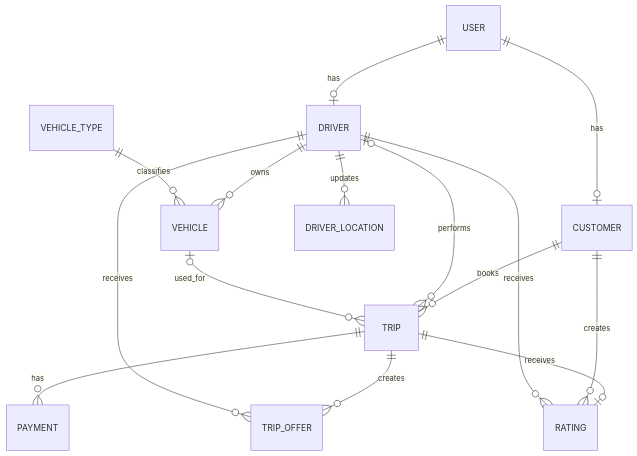
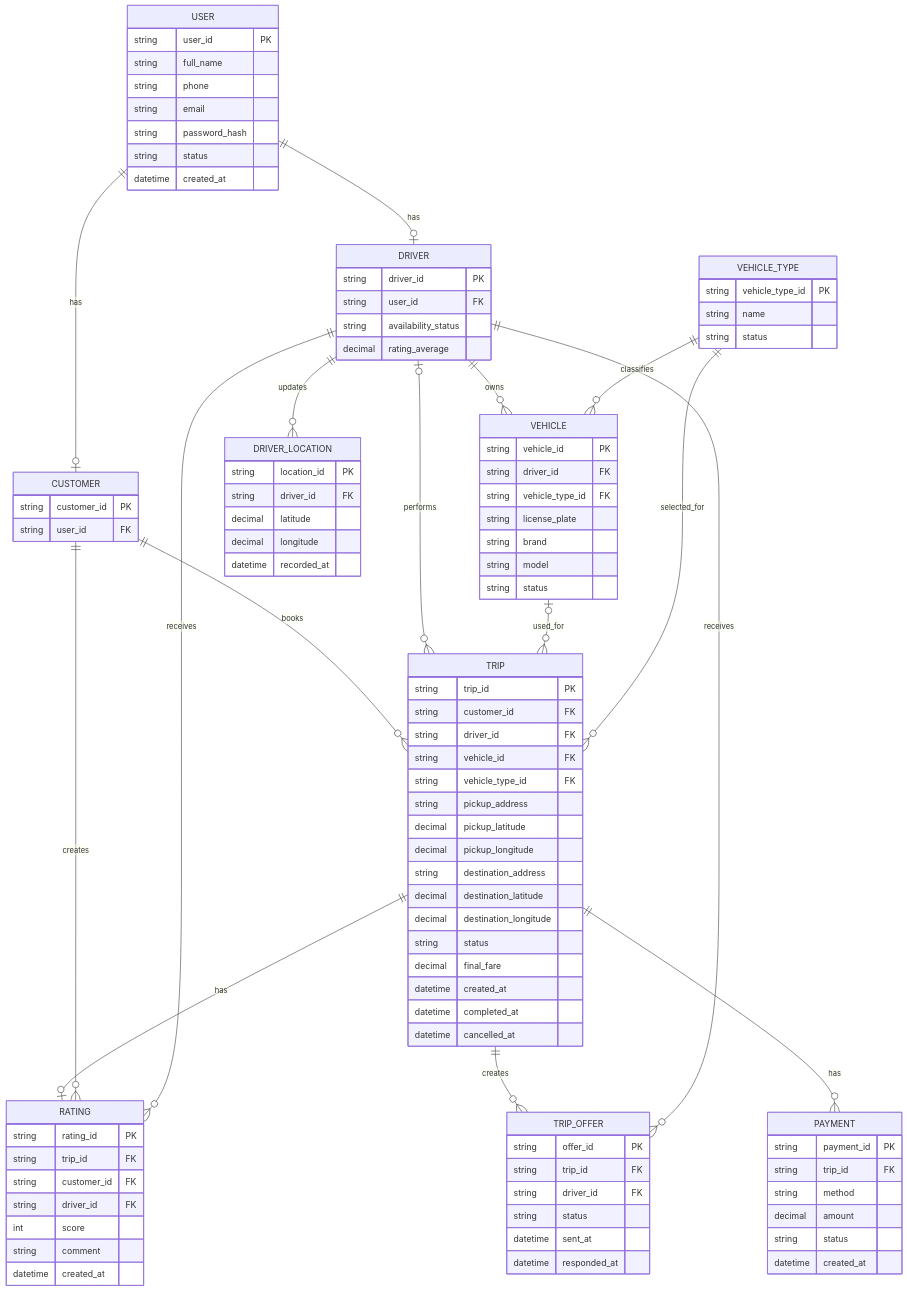
The third of 4 diagrams in SRS.md (ntthuyvy0205-source/23662281_NguyenThiThuyVy_CABSYSTEM), drawn with Mermaid before and after one commit. The commit also changed other lines of this file, not shown here.

Commit message:
Update entity model and ERD in SRS document

````diff
--- a/SRS.md
+++ b/SRS.md
@@ -525,5 +389,98 @@
 ```mermaid
 erDiagram
+
+    USER {
+        string user_id PK
+        string full_name
+        string phone
+        string email
+        string password_hash
+        string status
+        datetime created_at
+    }
+
+    CUSTOMER {
+        string customer_id PK
+        string user_id FK
+    }
+
+    DRIVER {
+        string driver_id PK
+        string user_id FK
+        string availability_status
+        decimal rating_average
+    }
+
+    VEHICLE_TYPE {
+        string vehicle_type_id PK
+        string name
+        string status
+    }
+
+    VEHICLE {
+        string vehicle_id PK
+        string driver_id FK
+        string vehicle_type_id FK
+        string license_plate
+        string brand
+        string model
+        string status
+    }
+
+    DRIVER_LOCATION {
+        string location_id PK
+        string driver_id FK
+        decimal latitude
+        decimal longitude
+        datetime recorded_at
+    }
+
+    TRIP {
+        string trip_id PK
+        string customer_id FK
+        string driver_id FK
+        string vehicle_id FK
+        string vehicle_type_id FK
+        string pickup_address
+        decimal pickup_latitude
+        decimal pickup_longitude
+        string destination_address
+        decimal destination_latitude
+        decimal destination_longitude
+        string status
+        decimal final_fare
+        datetime created_at
+        datetime completed_at
+        datetime cancelled_at
+    }
+
+    TRIP_OFFER {
+        string offer_id PK
+        string trip_id FK
+        string driver_id FK
+        string status
+        datetime sent_at
+        datetime responded_at
+    }
+
+    PAYMENT {
+        string payment_id PK
+        string trip_id FK
+        string method
+        decimal amount
+        string status
+        datetime created_at
+    }
+
+    RATING {
+        string rating_id PK
+        string trip_id FK
+        string customer_id FK
+        string driver_id FK
+        int score
+        string comment
+        datetime created_at
+    }
 
     USER ||--o| CUSTOMER : has
     USER ||--o| DRIVER : has
@@ -533,16 +490,16 @@
     DRIVER ||--o{ DRIVER_LOCATION : updates
 
     CUSTOMER ||--o{ TRIP : books
-
     DRIVER o|--o{ TRIP : performs
     VEHICLE o|--o{ TRIP : used_for
+    VEHICLE_TYPE ||--o{ TRIP : selected_for
 
     TRIP ||--o{ TRIP_OFFER : creates
     DRIVER ||--o{ TRIP_OFFER : receives
 
     TRIP ||--o{ PAYMENT : has
 
-    TRIP ||--o| RATING : receives
+    TRIP ||--o| RATING : has
     CUSTOMER ||--o{ RATING : creates
     DRIVER ||--o{ RATING : receives
 ```
````
